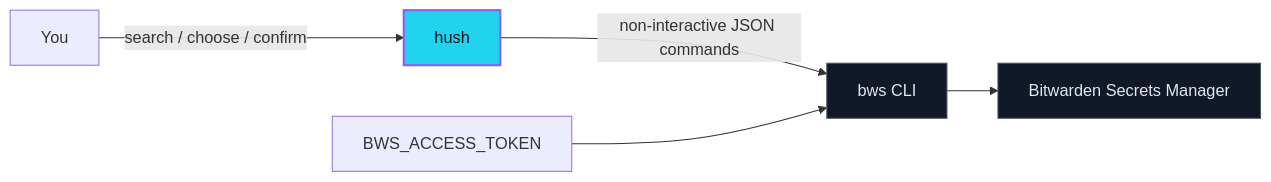
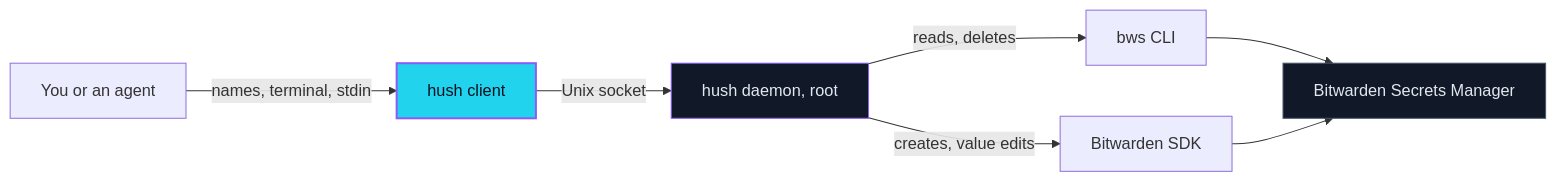
Before and after one commit to AojdevStudio/agentic-utilities: the diagram in bws-tui/README.md, drawn with Mermaid. The commit also changed other lines of this file and 78 other files, not shown here.

````diff
--- a/bws-tui/README.md
+++ b/bws-tui/README.md
@@ -185,11 +152,13 @@
 ```mermaid
 flowchart LR
-    You[You] -->|search / choose / confirm| H[hush]
-    H -->|non-interactive JSON commands| B[bws CLI]
-    T[BWS_ACCESS_TOKEN] --> B
+    You[You or an agent] -->|names, terminal, stdin| H[hush client]
+    H -->|Unix socket| D[hush daemon, root]
+    D -->|reads, deletes| B[bws CLI]
+    D -->|creates, value edits| K[Bitwarden SDK]
     B --> S[Bitwarden Secrets Manager]
+    K --> S
 
     style H fill:#22d3ee,color:#07111f,stroke:#8b5cf6,stroke-width:2px
-    style B fill:#111827,color:#e2e8f0,stroke:#475569
+    style D fill:#111827,color:#e2e8f0,stroke:#8b5cf6
     style S fill:#111827,color:#e2e8f0,stroke:#475569
 ```
````
